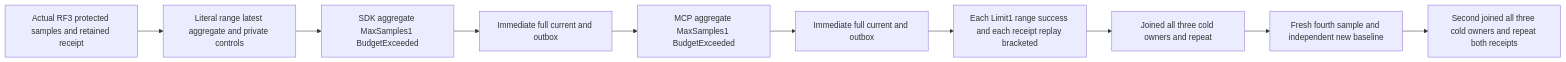
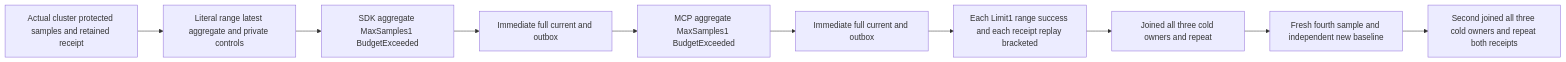
One commit to managedcode/KeyLoad changed the diagram in docs/Features/TimeSeries/AggregateScanBoundPublicCold.md. Above: the diagram before and after it, drawn with Mermaid. The commit also changed other lines of this file and 7356 other files, not shown here.

````diff
--- a/docs/Features/TimeSeries/AggregateScanBoundPublicCold.md
+++ b/docs/Features/TimeSeries/AggregateScanBoundPublicCold.md
@@ -11,12 +11,12 @@
 ```mermaid
 flowchart LR
-    S[Actual RF3 protected samples and retained receipt] --> H[Literal range latest aggregate and private controls]
+    S[Actual cluster protected samples and retained receipt] --> H[Literal range latest aggregate and private controls]
     H --> B[SDK aggregate MaxSamples1 BudgetExceeded]
     B --> H1[Immediate full current and outbox]
     H1 --> M[MCP aggregate MaxSamples1 BudgetExceeded]
     M --> H2[Immediate full current and outbox]
     H2 --> R[Each Limit1 range success and each receipt replay bracketed]
     R --> C1[Joined all three cold owners and repeat]
     C1 --> F[Fresh fourth sample and independent new baseline]
     F --> C2[Second joined all three cold owners and repeat both receipts]
 ```
````
